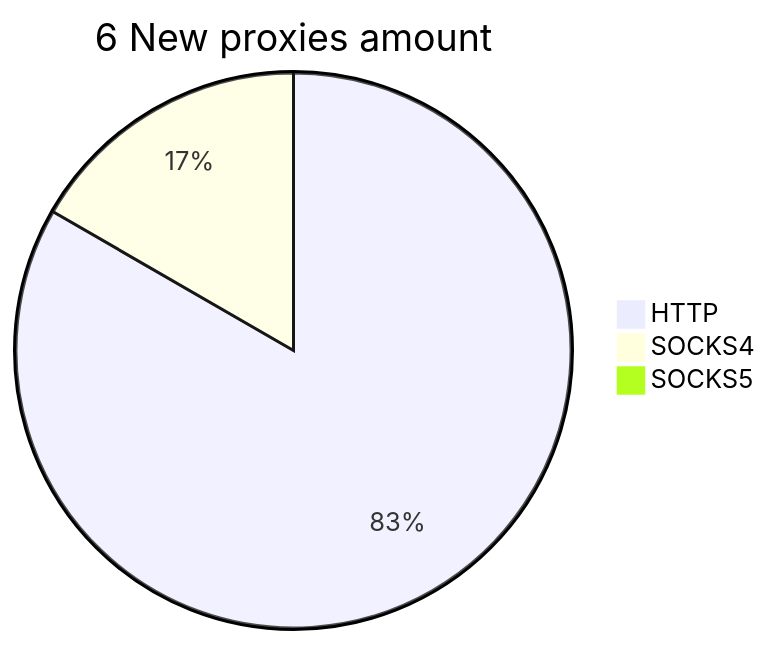
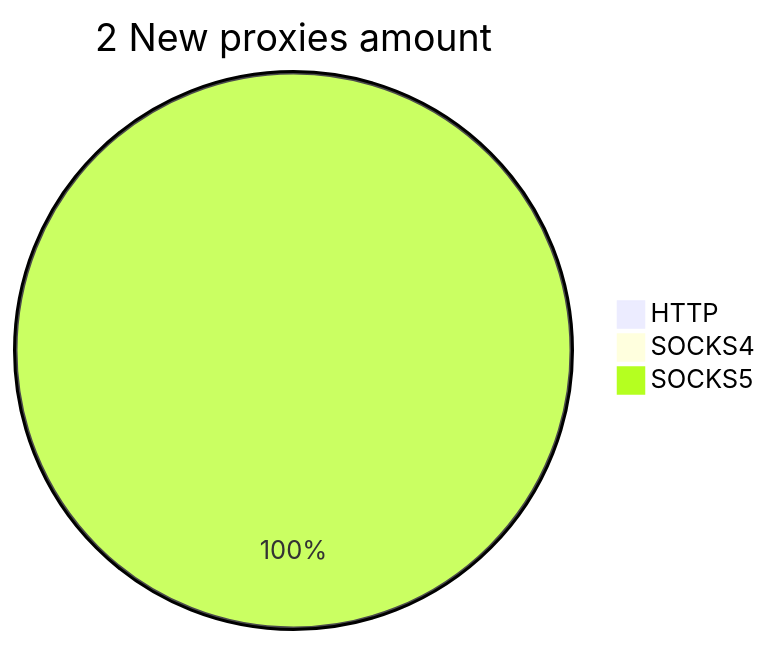
The second of 2 diagrams in README.md (cutipu/proxylist), drawn with Mermaid before and after one commit. The commit also changed other lines of this file, not shown here.

````diff
--- a/README.md
+++ b/README.md
@@ -10,6 +10,6 @@
 ```mermaid
-pie title 6 New proxies amount
-    "HTTP" : 5
-    "SOCKS4" : 1
-    "SOCKS5" : 0
+pie title 2 New proxies amount
+    "HTTP" : 0
+    "SOCKS4" : 0
+    "SOCKS5" : 5
 ```
````
